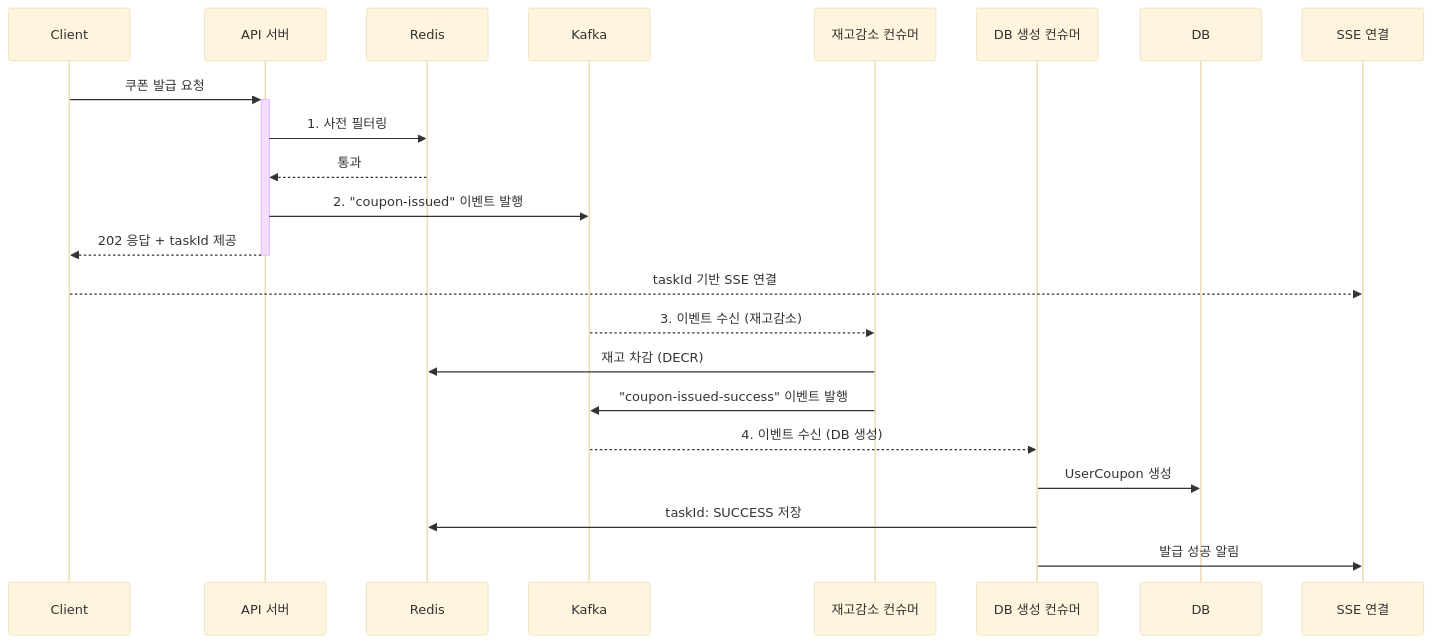
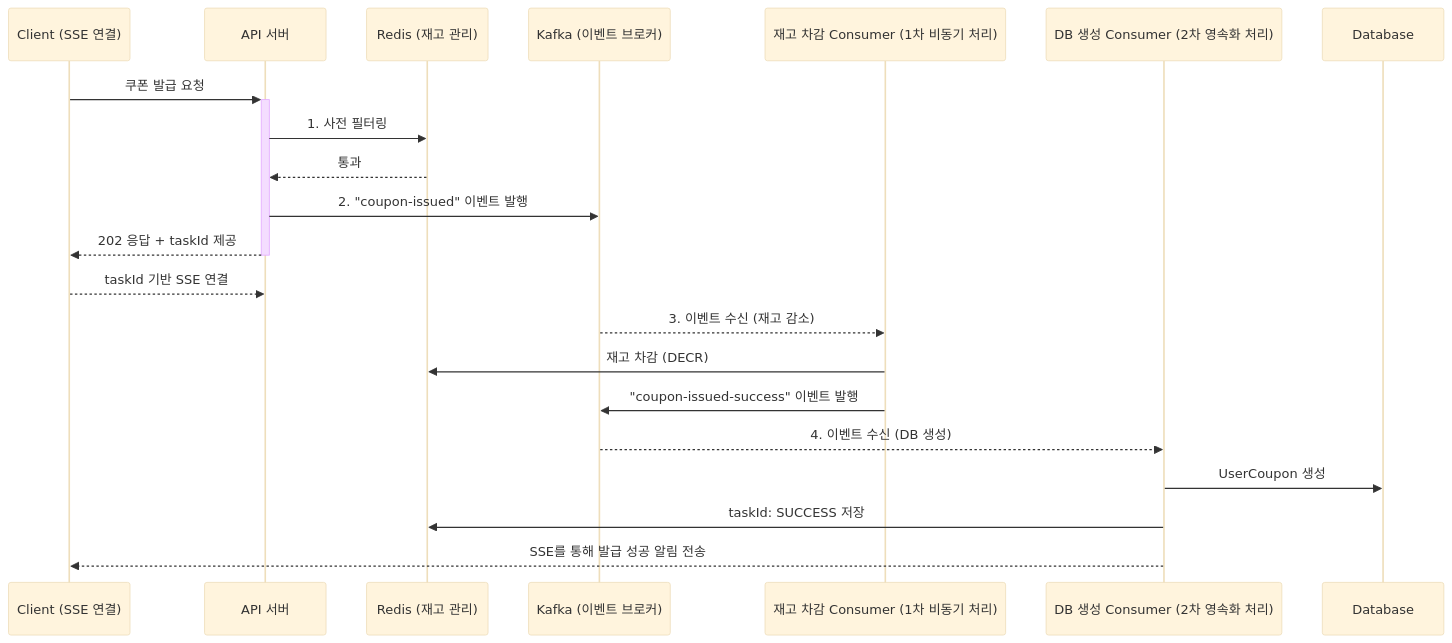
Before and after one commit to hstla/hhplus-e-commerce: the second of 2 diagrams in docs/report/6.실시간쿠폰.md, drawn with Mermaid (base theme). The commit also changed other lines of this file, not shown here.

Commit message:
docs: Update 6.실시간쿠폰 문서 수정

````diff
--- a/docs/report/6.실시간쿠폰.md
+++ b/docs/report/6.실시간쿠폰.md
@@ -77,27 +77,26 @@
 ```mermaid
 sequenceDiagram
-participant Client
+participant Client as Client (SSE 연결)
 participant APIServer as API 서버
-participant Redis
-participant Kafka
-participant StockConsumer as 재고감소 컨슈머
-participant DBConsumer as DB 생성 컨슈머
-participant DB
-participant SSE as SSE 연결
+participant Redis as Redis (재고 관리)
+participant Kafka as Kafka (이벤트 브로커)
+participant StockConsumer as 재고 차감 Consumer (1차 비동기 처리)
+participant DBConsumer as DB 생성 Consumer (2차 영속화 처리)
+participant DB as Database
 
-    Client->>+APIServer: 쿠폰 발급 요청
-    APIServer->>Redis: 1. 사전 필터링
-    Redis-->>APIServer: 통과
-    APIServer->>Kafka: 2. "coupon-issued" 이벤트 발행
-    APIServer-->>-Client: 202 응답 + taskId 제공
-    Client-->>SSE: taskId 기반 SSE 연결
+Client->>+APIServer: 쿠폰 발급 요청
+APIServer->>Redis: 1. 사전 필터링
+Redis-->>APIServer: 통과
+APIServer->>Kafka: 2. "coupon-issued" 이벤트 발행
+APIServer-->>-Client: 202 응답 + taskId 제공
+Client-->>APIServer: taskId 기반 SSE 연결
 
-    Kafka-->>StockConsumer: 3. 이벤트 수신 (재고감소)
-    StockConsumer->>Redis: 재고 차감 (DECR)
-    StockConsumer->>Kafka: "coupon-issued-success" 이벤트 발행
-    
-    Kafka-->>DBConsumer: 4. 이벤트 수신 (DB 생성)
-    DBConsumer->>DB: UserCoupon 생성
-    DBConsumer->>Redis: taskId: SUCCESS 저장
-    DBConsumer->>SSE: 발급 성공 알림
+Kafka-->>StockConsumer: 3. 이벤트 수신 (재고 감소)
+StockConsumer->>Redis: 재고 차감 (DECR)
+StockConsumer->>Kafka: "coupon-issued-success" 이벤트 발행
+
+Kafka-->>DBConsumer: 4. 이벤트 수신 (DB 생성)
+DBConsumer->>DB: UserCoupon 생성
+DBConsumer->>Redis: taskId: SUCCESS 저장
+DBConsumer-->>Client: SSE를 통해 발급 성공 알림 전송
 ```
````
